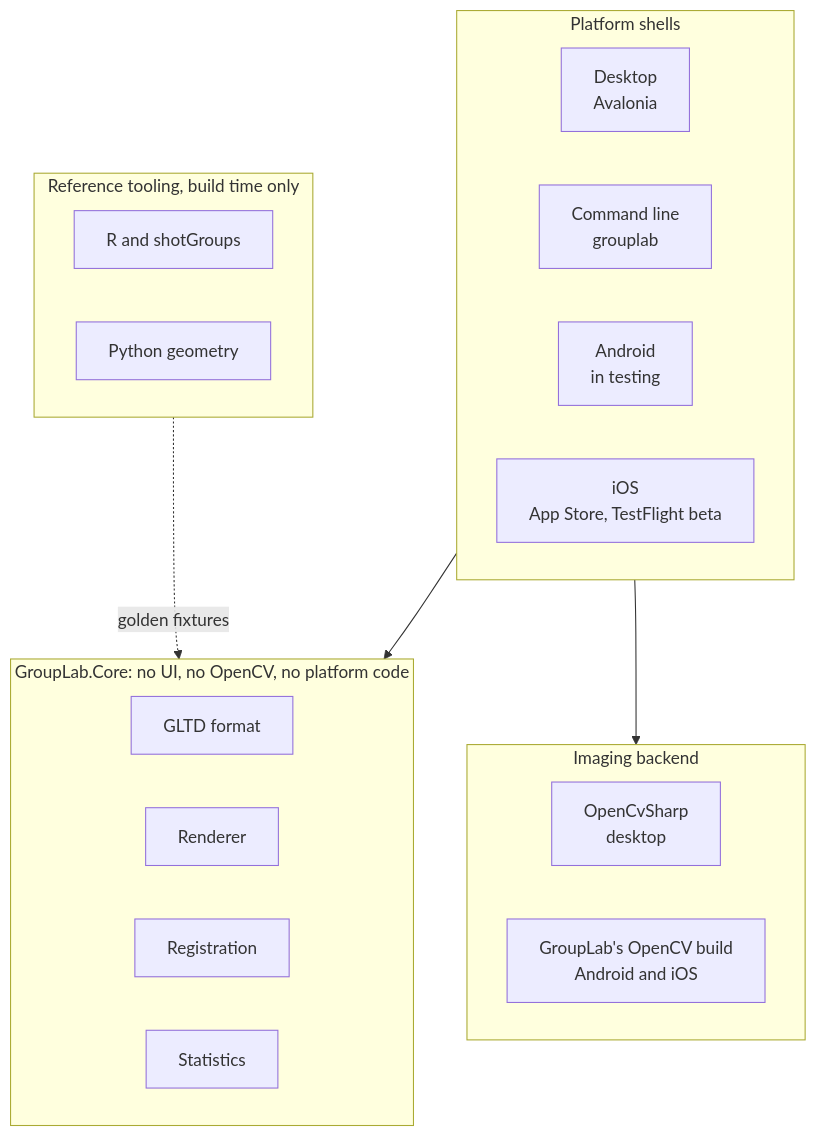
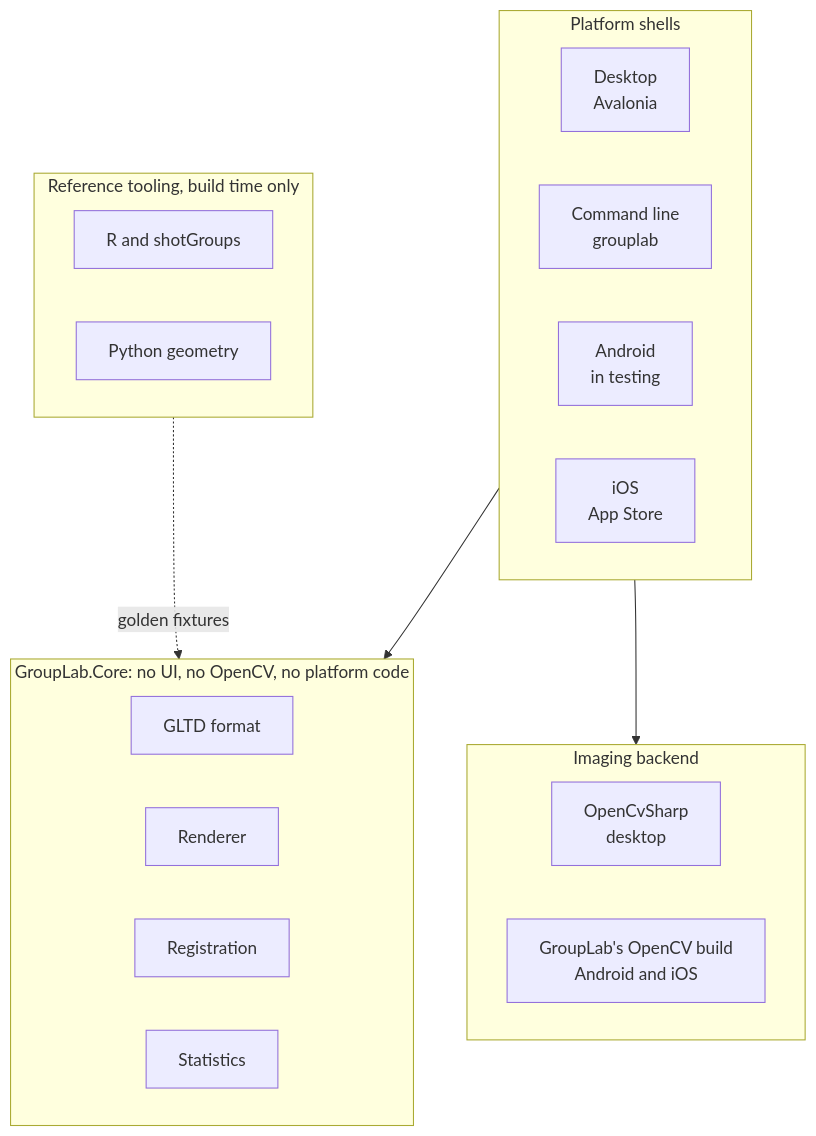
Before and after one commit to oRAirwolf/grouplab: the second of 2 diagrams in README.md, drawn with Mermaid. The commit also changed other lines of this file and 15 other files, not shown here.

First line of the commit message:
Entry 500: the App Store is the way in on iPhone and iPad; the public TestFlight invitation retired

````diff
--- a/README.md
+++ b/README.md
@@ -590,34 +590,34 @@
 ```mermaid
 flowchart TB
     subgraph shells["Platform shells"]
         direction LR
         APP["Desktop<br/>Avalonia"]
         CLI["Command line<br/>grouplab"]
         AND["Android<br/>in testing"]
-        IOS["iOS<br/>App Store, TestFlight beta"]
+        IOS["iOS<br/>App Store"]
     end
 
     subgraph img["Imaging backend"]
         direction LR
         CV["OpenCvSharp<br/>desktop"]
         AT["GroupLab's OpenCV build<br/>Android and iOS"]
     end
 
     subgraph core["GroupLab.Core: no UI, no OpenCV, no platform code"]
         direction LR
         FMT["GLTD format"]
         REN["Renderer"]
         REG["Registration"]
         STAT["Statistics"]
     end
 
     subgraph ref["Reference tooling, build time only"]
         direction LR
         RR["R and shotGroups"]
         PY["Python geometry"]
     end
 
     shells --> core
     shells --> img
     ref -.->|"golden fixtures"| core
 ```
````
